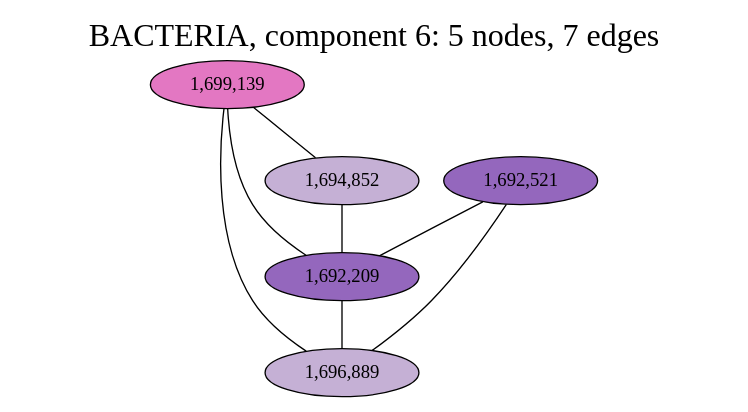
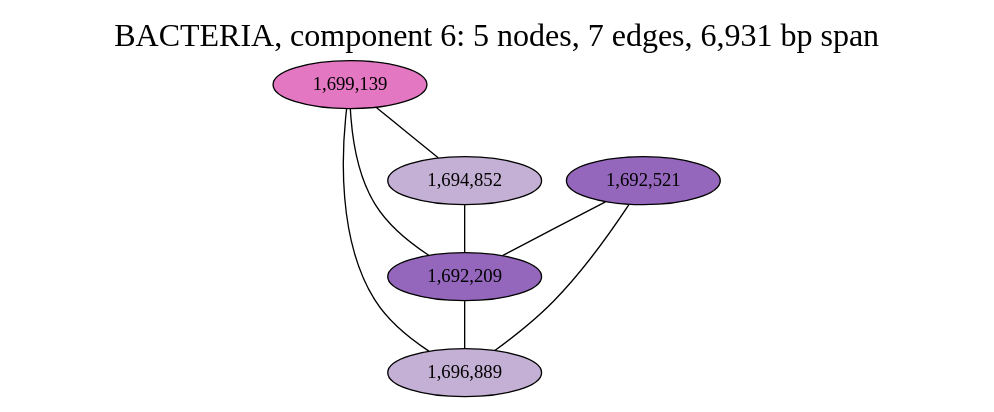
The diagram in notebooks/graphs/BACTERIA_cc6.gv (fedarko/sheepgut), drawn with Graphviz before and after one commit. The commit also changed 33 other files, not shown here.

```diff
--- a/notebooks/graphs/BACTERIA_cc6.gv
+++ b/notebooks/graphs/BACTERIA_cc6.gv
@@ -1,19 +1,19 @@
 graph BACTERIA_cc6 {
 	overlap="prism50";
 	outputorder="edgesfirst";
-	label="BACTERIA, component 6: 5 nodes, 7 edges";
+	label="BACTERIA, component 6: 5 nodes, 7 edges, 6,931 bp span";
 	labelloc="t";
 	fontsize=24;
 	"1,699,139" [style="filled", fillcolor="#e377c2", fontcolor="#000000"];
 	"1,694,852" [style="filled", fillcolor="#c5b0d5", fontcolor="#000000"];
 	"1,692,521" [style="filled", fillcolor="#9467bd", fontcolor="#000000"];
 	"1,692,209" [style="filled", fillcolor="#9467bd", fontcolor="#000000"];
 	"1,696,889" [style="filled", fillcolor="#c5b0d5", fontcolor="#000000"];
 	"1,699,139" -- "1,692,209";
 	"1,699,139" -- "1,694,852";
 	"1,699,139" -- "1,696,889";
 	"1,694,852" -- "1,692,209";
 	"1,692,521" -- "1,692,209";
 	"1,692,521" -- "1,696,889";
 	"1,692,209" -- "1,696,889";
 }
```
